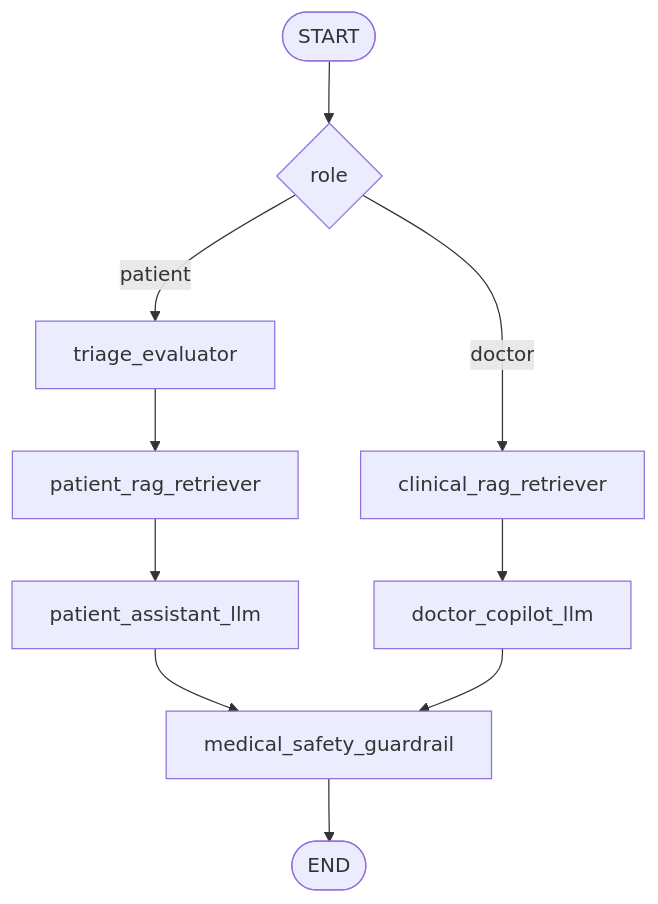
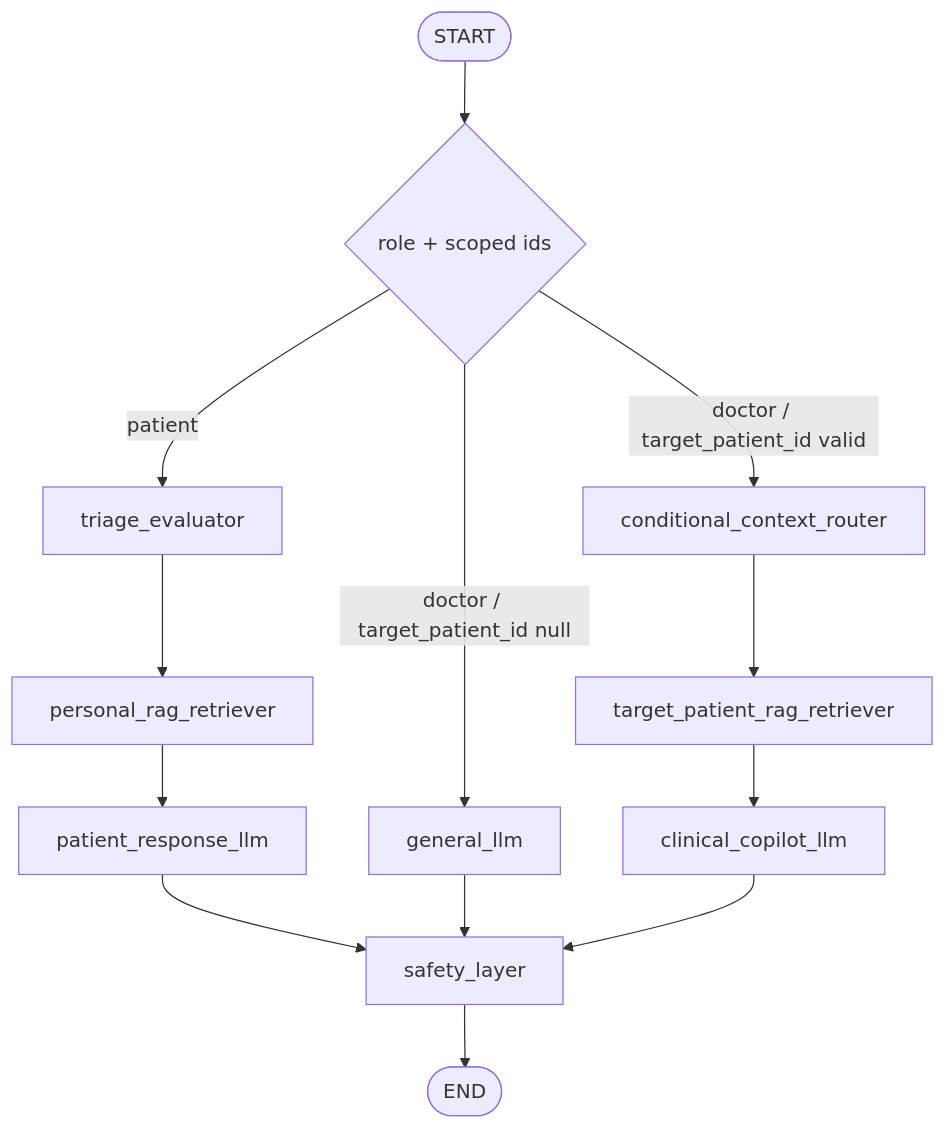
The diagram in workflow.md (Dipurajasaha/DocTalk), drawn with Mermaid before and after one commit. The commit also changed other lines of this file and 6 other files, not shown here.

````diff
--- a/workflow.md
+++ b/workflow.md
@@ -107,12 +104,15 @@
 ```mermaid
 flowchart TD
-  START([START]) --> route_by_role{"role"}
-  route_by_role -->|patient| triage_evaluator["triage_evaluator"]
-  route_by_role -->|doctor| clinical_rag_retriever["clinical_rag_retriever"]
-  triage_evaluator --> patient_rag_retriever["patient_rag_retriever"]
-  patient_rag_retriever --> patient_assistant_llm["patient_assistant_llm"]
-  patient_assistant_llm --> medical_safety_guardrail["medical_safety_guardrail"]
-  clinical_rag_retriever --> doctor_copilot_llm["doctor_copilot_llm"]
-  doctor_copilot_llm --> medical_safety_guardrail
-  medical_safety_guardrail --> END([END])
+  START([START]) --> ENTRY{"role + scoped ids"}
+  ENTRY -->|patient| triage_evaluator["triage_evaluator"]
+  triage_evaluator --> personal_rag_retriever["personal_rag_retriever"]
+  personal_rag_retriever --> patient_response_llm["patient_response_llm"]
+  patient_response_llm --> safety_layer["safety_layer"]
+  ENTRY -->|doctor / target_patient_id null| general_llm["general_llm"]
+  ENTRY -->|doctor / target_patient_id valid| conditional_context_router["conditional_context_router"]
+  conditional_context_router --> target_patient_rag_retriever["target_patient_rag_retriever"]
+  target_patient_rag_retriever --> clinical_copilot_llm["clinical_copilot_llm"]
+  general_llm --> safety_layer
+  clinical_copilot_llm --> safety_layer
+  safety_layer --> END([END])
 ```
````
